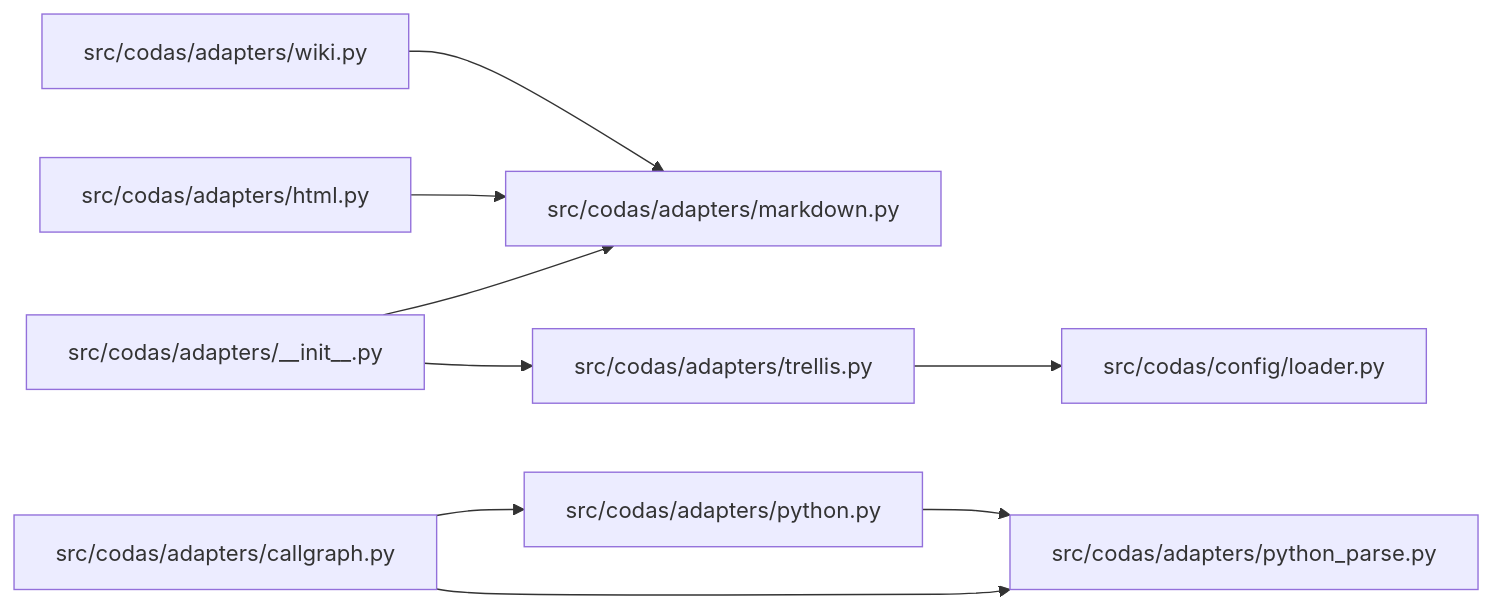
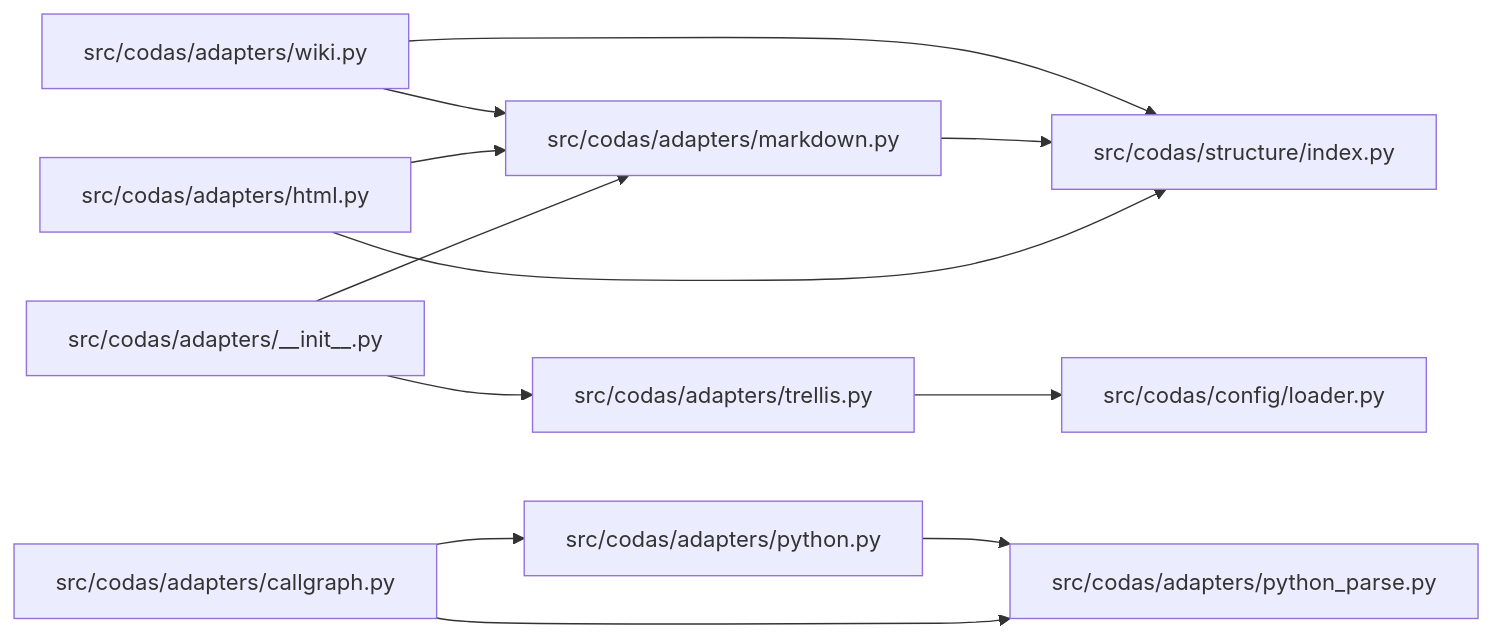
The diagram in wiki/codas-adapters.md (oydodo/codas), drawn with Mermaid before and after one commit. The commit also changed 19 other files, not shown here.

````diff
--- a/wiki/codas-adapters.md
+++ b/wiki/codas-adapters.md
@@ -118,20 +118,24 @@
 ```mermaid
 graph LR
   n0["src/codas/adapters/__init__.py"]
   n1["src/codas/adapters/callgraph.py"]
   n2["src/codas/adapters/html.py"]
   n3["src/codas/adapters/markdown.py"]
   n4["src/codas/adapters/python.py"]
   n5["src/codas/adapters/python_parse.py"]
   n6["src/codas/adapters/trellis.py"]
   n7["src/codas/adapters/wiki.py"]
   n8["src/codas/config/loader.py"]
+  n9["src/codas/structure/index.py"]
   n0 --> n3
   n0 --> n6
   n1 --> n4
   n1 --> n5
   n2 --> n3
+  n2 --> n9
+  n3 --> n9
   n4 --> n5
   n6 --> n8
   n7 --> n3
+  n7 --> n9
 ```
````
